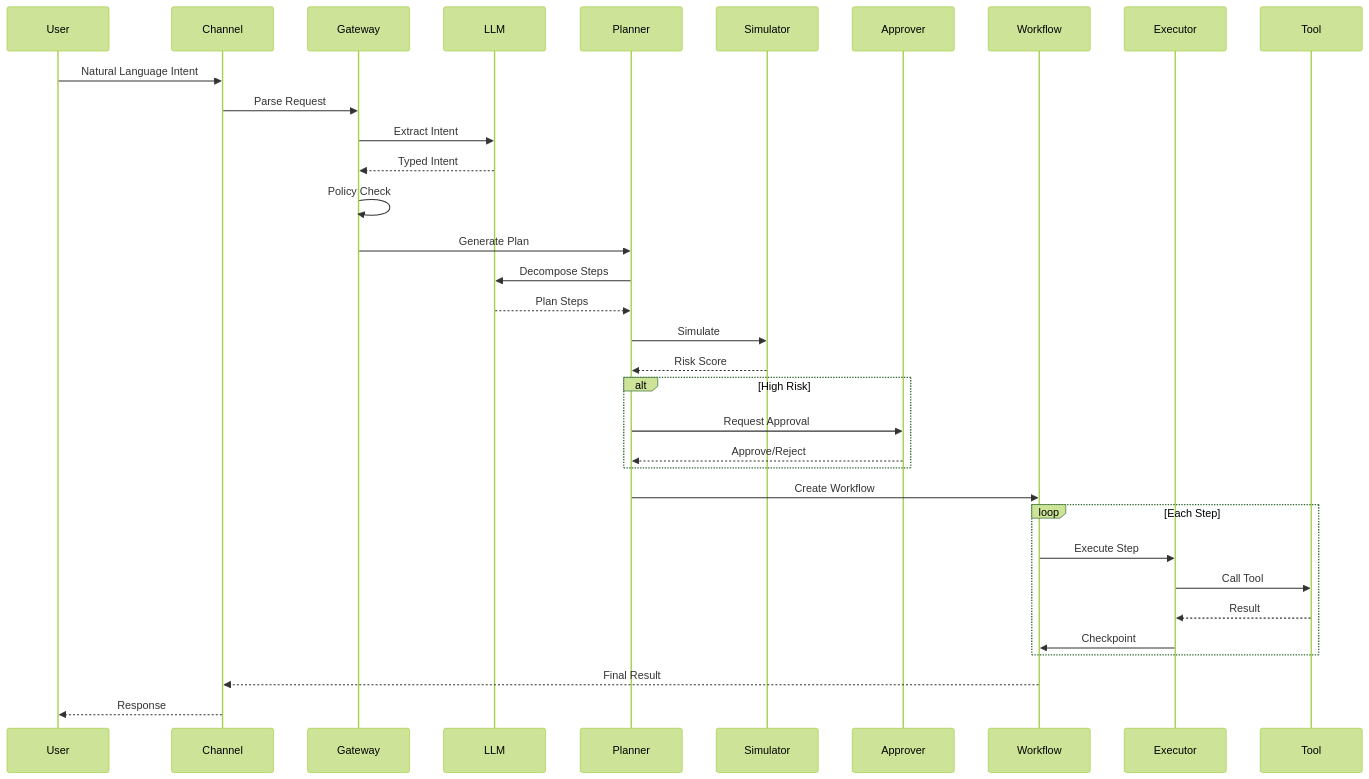
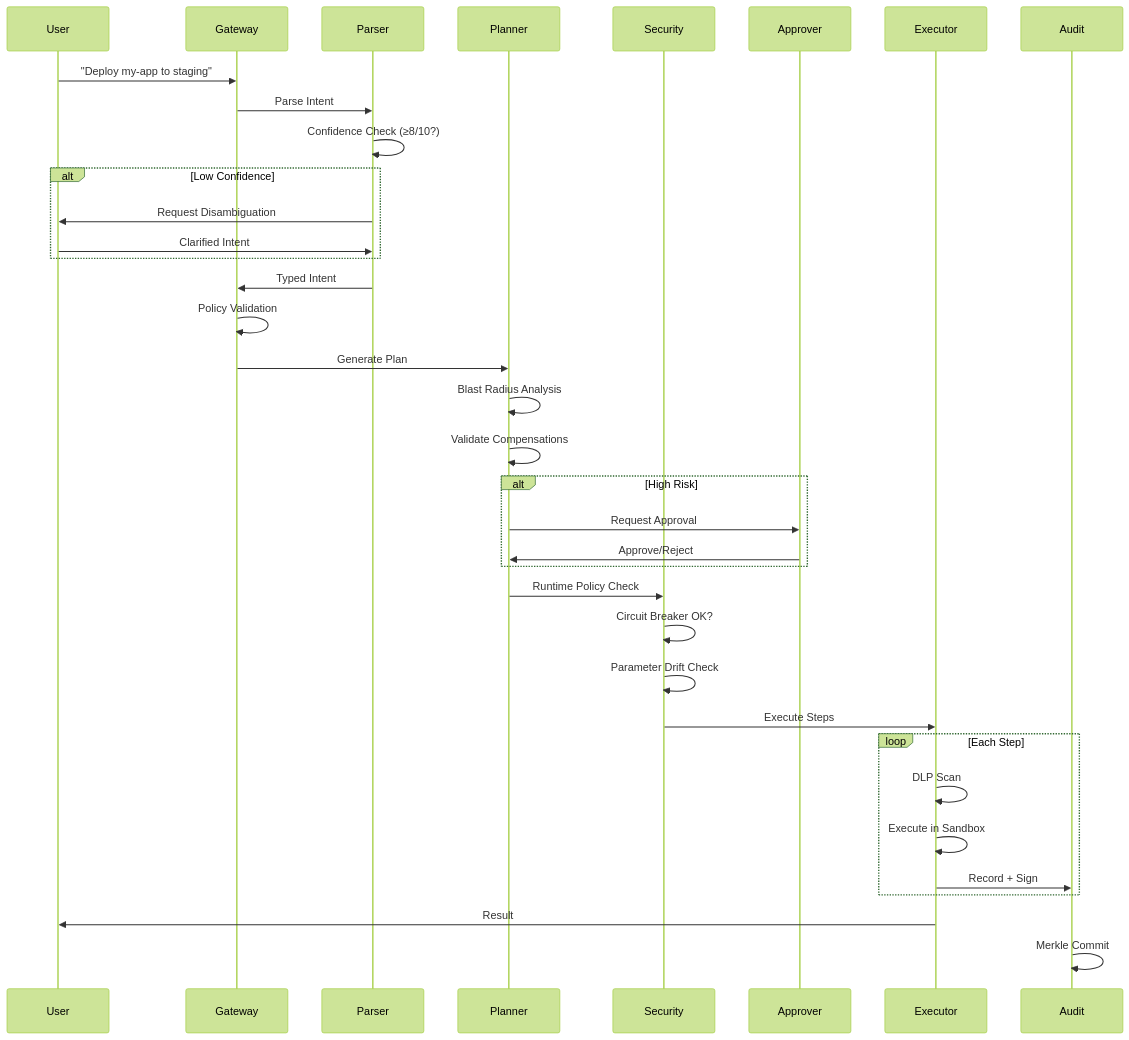
Before and after one commit to ekuelkpodar/AEGIS-T2A: the second of 2 diagrams in README.md, drawn with Mermaid (forest theme). The commit also changed other lines of this file and 6 other files, not shown here.

````diff
--- a/README.md
+++ b/README.md
@@ -149,41 +251,45 @@
 ```mermaid
 sequenceDiagram
     participant U as User
-    participant C as Channel
     participant G as Gateway
-    participant L as LLM
-    participant P as Planner
-    participant S as Simulator
+    participant P as Parser
+    participant PL as Planner
+    participant S as Security
     participant A as Approver
-    participant W as Workflow
     participant E as Executor
-    participant T as Tool
+    participant AU as Audit
 
-    U->>C: Natural Language Intent
-    C->>G: Parse Request
-    G->>L: Extract Intent
-    L-->>G: Typed Intent
-    G->>G: Policy Check
-    G->>P: Generate Plan
-    P->>L: Decompose Steps
-    L-->>P: Plan Steps
-    P->>S: Simulate
-    S-->>P: Risk Score
+    U->>G: "Deploy my-app to staging"
+    G->>P: Parse Intent
+    P->>P: Confidence Check (≥8/10?)
+
+    alt Low Confidence
+        P->>U: Request Disambiguation
+        U->>P: Clarified Intent
+    end
+
+    P->>G: Typed Intent
+    G->>G: Policy Validation
+    G->>PL: Generate Plan
+    PL->>PL: Blast Radius Analysis
+    PL->>PL: Validate Compensations
 
     alt High Risk
-        P->>A: Request Approval
-        A-->>P: Approve/Reject
+        PL->>A: Request Approval
+        A->>PL: Approve/Reject
     end
 
-    P->>W: Create Workflow
+    PL->>S: Runtime Policy Check
+    S->>S: Circuit Breaker OK?
+    S->>S: Parameter Drift Check
+    S->>E: Execute Steps
 
     loop Each Step
-        W->>E: Execute Step
-        E->>T: Call Tool
-        T-->>E: Result
-        E->>W: Checkpoint
+        E->>E: DLP Scan
+        E->>E: Execute in Sandbox
+        E->>AU: Record + Sign
     end
 
-    W-->>C: Final Result
-    C-->>U: Response
+    E->>U: Result
+    AU->>AU: Merkle Commit
 ```
````
